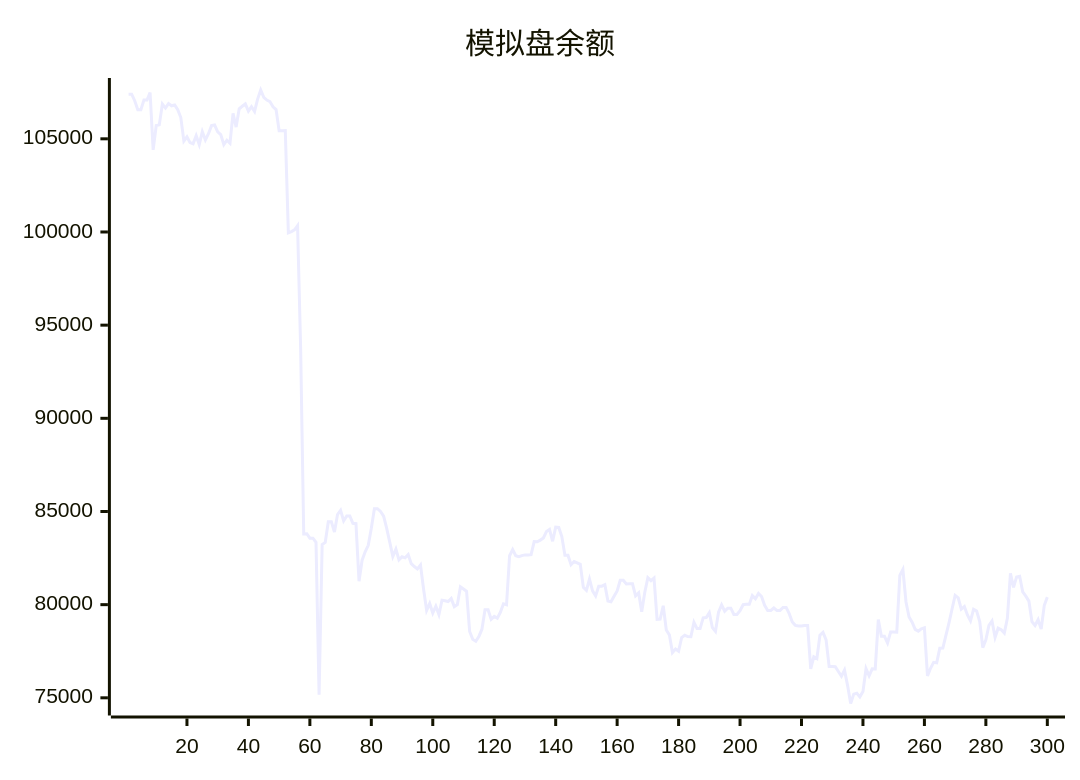
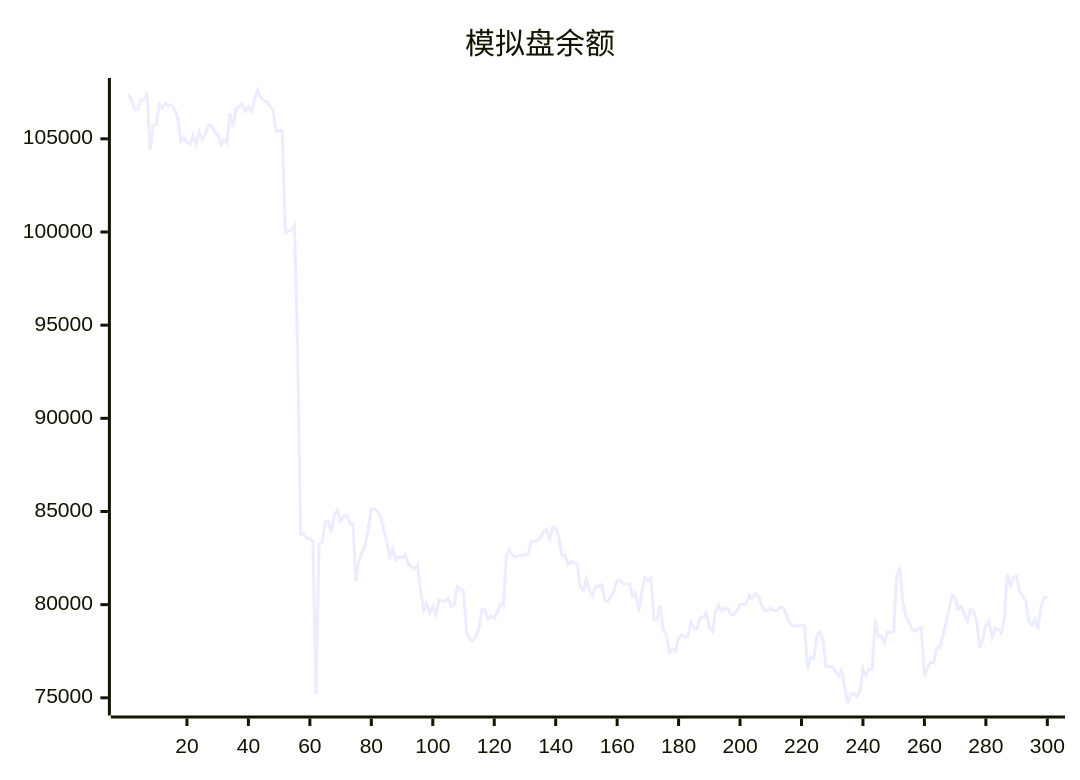
One commit to aahl/ai-trading changed the diagram in README.md. Above: the diagram before and after it, drawn with Mermaid. The commit also changed other lines of this file and 1 other file, not shown here.

````diff
--- a/README.md
+++ b/README.md
@@ -5,5 +5,5 @@
 ```mermaid
 xychart
     title "模拟盘余额"
-    line [107393,107393,107046,106565,106565,107081,107081,107478,104404,105715,105749,106866,106651,106889,106771,106816,106565,106141,104876,105103,104796,104734,105169,104690,105380,104941,105272,105709,105739,105374,105227,104691,104924,104762,106364,105628,106608,106748,106872,106485,106721,106468,107132,107620,107224,107080,107001,106717,106567,105431,105431,105440,99950,100017,100113,100337,93749,83795,83807,83567,83567,83342,75168,83222,83336,84448,84449,83896,84839,85065,84499,84757,84757,84364,84347,81254,82385,82835,83184,84099,85150,85150,85002,84751,84096,83356,82582,82983,82404,82572,82512,82688,82200,82047,81920,82125,80840,79688,80060,79552,79920,79470,80236,80208,80170,80336,79894,80006,80954,80837,80712,78561,78139,78037,78293,78682,79720,79720,79214,79372,79279,79591,80046,79993,82625,82950,82626,82571,82633,82670,82670,82681,83386,83378,83464,83579,83920,84037,83402,84160,84142,83652,82655,82655,82145,82315,82243,82163,80934,80770,81371,80742,80468,80989,80989,81067,80191,80155,80450,80737,81309,81309,81106,81119,81119,80471,80631,79624,80670,81448,81290,81429,79212,79222,79940,78643,78380,77432,77623,77504,78235,78358,78284,78277,79048,78714,78714,79290,79308,79567,78763,78563,79603,79988,79652,79813,79813,79476,79469,79673,79995,80015,80015,80486,80314,80600,80436,79966,79689,79689,79819,79692,79692,79850,79850,79518,79071,78889,78850,78850,78878,78878,76554,77202,77103,78357,78510,78106,76678,76677,76672,76411,76159,76485,75656,74695,75197,75246,75052,75334,76564,76179,76553,76551,79196,78300,78300,77944,78531,78531,78521,81564,81884,80160,79335,79055,78675,78580,78708,78764,76179,76586,76902,76876,77658,77669,78346,79023,79769,80497,80366,79761,79896,79448,79126,79749,79658,79097,77695,78114,78888,79126,78249,78738,78653,78478,79271,81680,80923,81488,81527,80681,80455,80190,79084,78879,79193,78686,79954,80403]
+    line [107393,107046,106565,106565,107081,107081,107478,104404,105715,105749,106866,106651,106889,106771,106816,106565,106141,104876,105103,104796,104734,105169,104690,105380,104941,105272,105709,105739,105374,105227,104691,104924,104762,106364,105628,106608,106748,106872,106485,106721,106468,107132,107620,107224,107080,107001,106717,106567,105431,105431,105440,99950,100017,100113,100337,93749,83795,83807,83567,83567,83342,75168,83222,83336,84448,84449,83896,84839,85065,84499,84757,84757,84364,84347,81254,82385,82835,83184,84099,85150,85150,85002,84751,84096,83356,82582,82983,82404,82572,82512,82688,82200,82047,81920,82125,80840,79688,80060,79552,79920,79470,80236,80208,80170,80336,79894,80006,80954,80837,80712,78561,78139,78037,78293,78682,79720,79720,79214,79372,79279,79591,80046,79993,82625,82950,82626,82571,82633,82670,82670,82681,83386,83378,83464,83579,83920,84037,83402,84160,84142,83652,82655,82655,82145,82315,82243,82163,80934,80770,81371,80742,80468,80989,80989,81067,80191,80155,80450,80737,81309,81309,81106,81119,81119,80471,80631,79624,80670,81448,81290,81429,79212,79222,79940,78643,78380,77432,77623,77504,78235,78358,78284,78277,79048,78714,78714,79290,79308,79567,78763,78563,79603,79988,79652,79813,79813,79476,79469,79673,79995,80015,80015,80486,80314,80600,80436,79966,79689,79689,79819,79692,79692,79850,79850,79518,79071,78889,78850,78850,78878,78878,76554,77202,77103,78357,78510,78106,76678,76677,76672,76411,76159,76485,75656,74695,75197,75246,75052,75334,76564,76179,76553,76551,79196,78300,78300,77944,78531,78531,78521,81564,81884,80160,79335,79055,78675,78580,78708,78764,76179,76586,76902,76876,77658,77669,78346,79023,79769,80497,80366,79761,79896,79448,79126,79749,79658,79097,77695,78114,78888,79126,78249,78738,78653,78478,79271,81680,80923,81488,81527,80681,80455,80190,79084,78879,79193,78686,79954,80403,80374]
 ```
````
